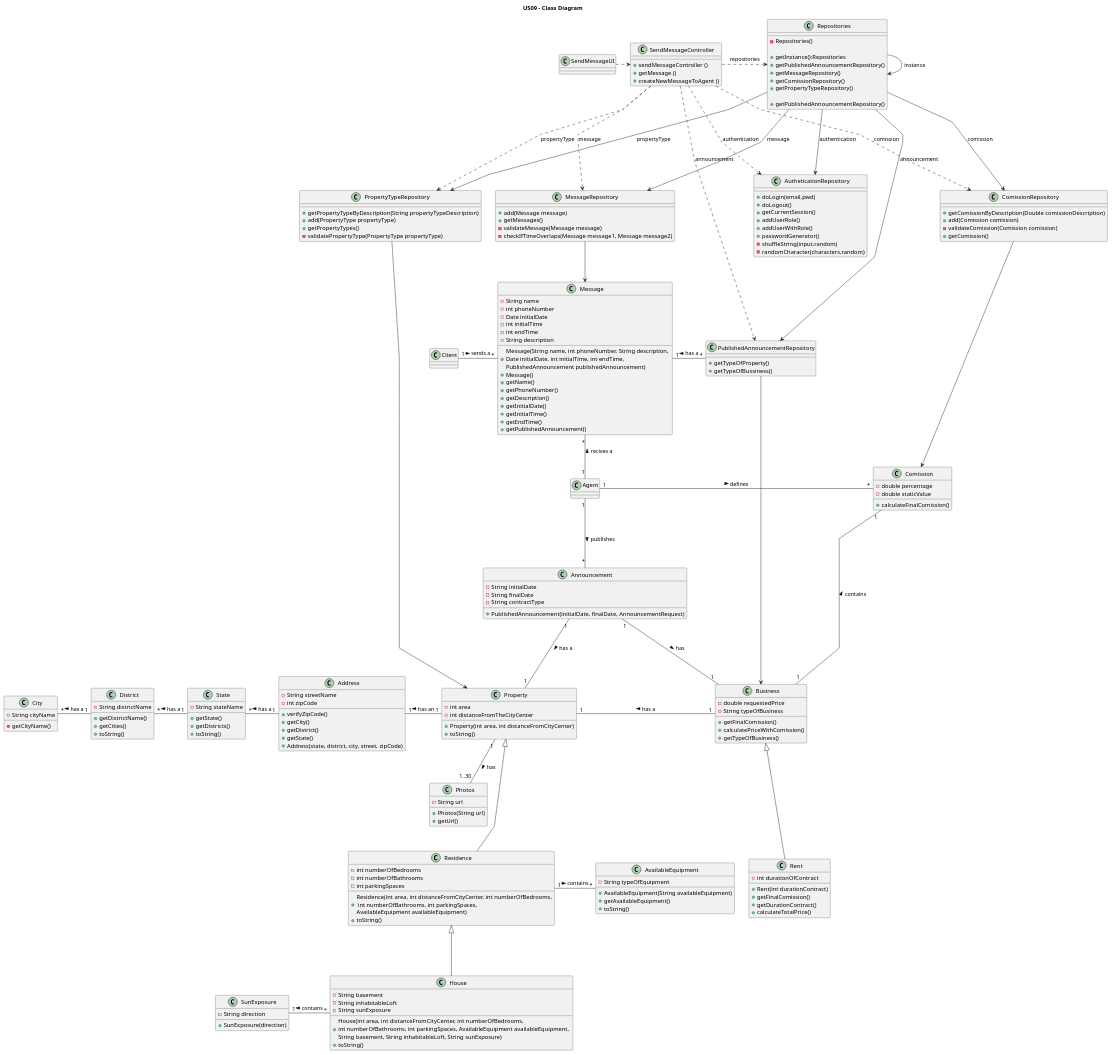
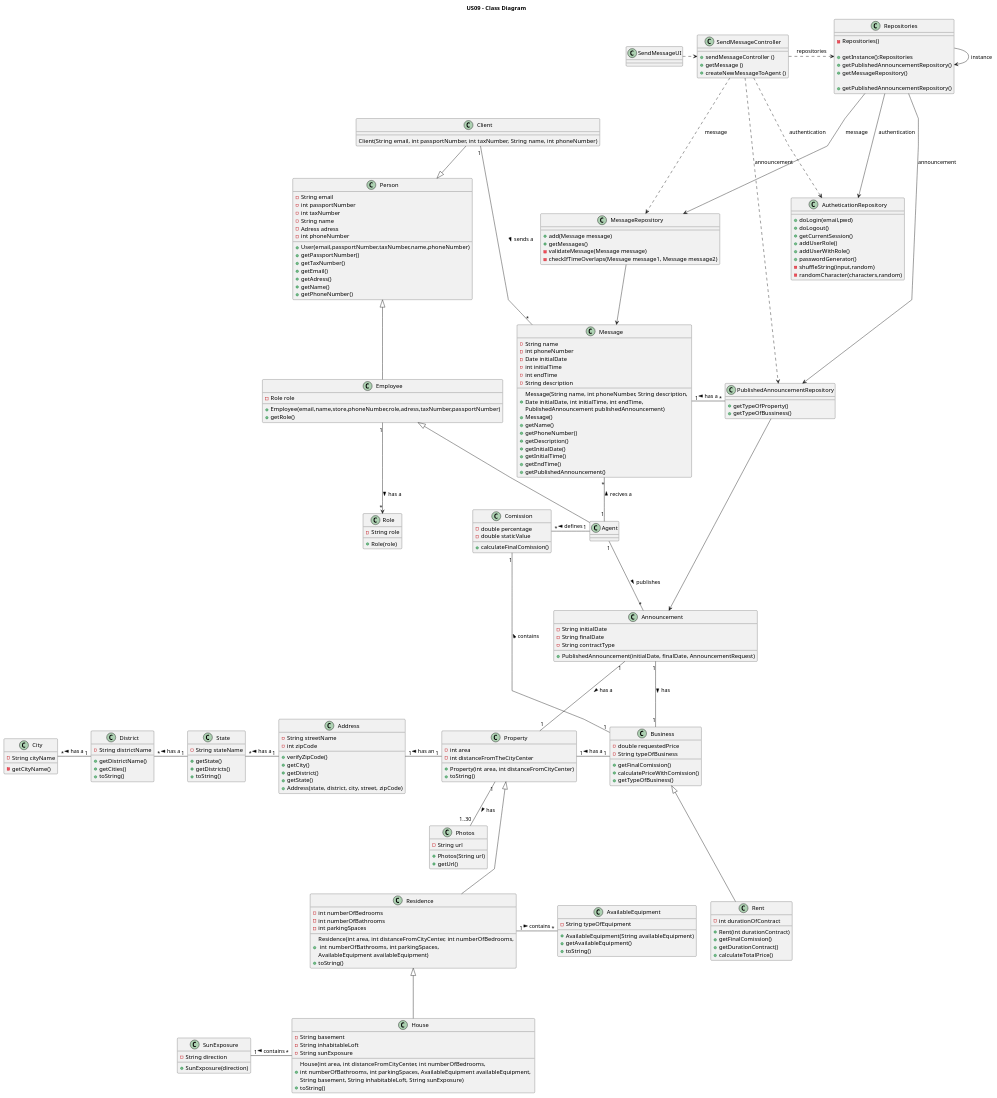
Before and after one commit to PureNimble/ISEP-LAPR2: the diagram in docs/sprintC/US09/03.design/puml/us09-class-diagram.puml, drawn with PlantUML. The commit also changed 10 other files, not shown here.

Commit message:
US09 - class diagram + svg update sequence diagram full + svg update sequence diagram split + svg update sequence diagram partials + svg update

```diff
--- a/docs/sprintC/US09/03.design/puml/us09-class-diagram.puml
+++ b/docs/sprintC/US09/03.design/puml/us09-class-diagram.puml
@@ -11,7 +11,6 @@
 
 
 class SendMessageUI
-
 
 class SendMessageController {
     + sendMessageController ()
@@ -27,8 +26,6 @@
 +getInstance():Repositories
 +getPublishedAnnouncementRepository()
 +getMessageRepository()
-+getComissionRepository()
-+getPropertyTypeRepository()
 '+getUserRepository()
 
 }
@@ -40,25 +37,12 @@
 + getTypeOfBussiness()
 }
 
-class PropertyTypeRepository{
-    + getPropertyTypeByDescription(String propertyTypeDescription)
-    +add(PropertyType propertyType)
-    +getPropertyTypes()
-    -validatePropertyType(PropertyType propertyType)
-}
-
 'class UserRepository{
 '+add(User user)
 '+validateUser(User user)
 '+getUsers()
 '}
 
-class ComissionRepository{
-+getComissionByDescription(Double comissionDescription)
-+add(Comission comission)
--validateComission(Comission comission)
-+getComission()
-}
 
 class MessageRepository {
 +add(Message message)
@@ -153,6 +137,7 @@
 '}
 
 class Client{
+Client(String email, int passportNumber, int taxNumber, String name, int phoneNumber)
 }
 
 class AutheticationRepository{
@@ -222,6 +207,24 @@
     +calculateTotalPrice()
 }
 
+class Person {
+    - String email
+    - int passportNumber
+    - int taxNumber
+    - String name
+    - Adress adress
+    - int phoneNumber
+
+    + User(email,passportNumber,taxNumber,name,phoneNumber)
+    + getPassportNumber()
+    + getTaxNumber()
+    + getEmail()
+    + getAdress()
+    + getName()
+    + getPhoneNumber()
+}
+
+
 class Announcement {
     - String initialDate
     - String finalDate
@@ -244,20 +247,28 @@
     + getPublishedAnnouncementRepository()
 }
 
+class Employee{
+-Role role
++Employee(email,name,store,phoneNumber,role,adress,taxNumber,passportNumber)
++getRole()
+}
+
+class Role{
+-String role
++Role(role)
+}
+
+
+
 
 
 SendMessageController .> Repositories : repositories
 Repositories ---> Repositories :instance
-'Repositories ..> UserRepository : user
-Repositories ---> ComissionRepository : comission
 Repositories ---> PublishedAnnouncementRepository : announcement
-Repositories ---> PropertyTypeRepository : propertyType
 Repositories ---> MessageRepository : message
 Repositories ---> AutheticationRepository : authentication
 
-SendMessageController ...> ComissionRepository : comission
 SendMessageController ...> PublishedAnnouncementRepository : announcement
-SendMessageController ...> PropertyTypeRepository : propertyType
 SendMessageController ...> MessageRepository : message
 SendMessageController ...> AutheticationRepository : authentication
 
@@ -267,7 +278,7 @@
 
 
 
-PropertyTypeRepository --> Property
+
 Residence <|-down-- House
 Property <|-down-- Residence
 Property "1" -- "1..30" Photos: has >
@@ -281,14 +292,12 @@
 City "*"-right- "1" District: has a  <
 District "*"-right- "1" State: has a  <
 Property "1" -left- "1" Address: has an >
-'User "1" --- "1" Address: has >
-'UserRepository --> User
-PublishedAnnouncementRepository --> Business
+PublishedAnnouncementRepository --> Announcement
 Client "1"-right-"*" Message : sends a >
 
 
-ComissionRepository -down-> Comission
-Comission "*" -up "1" Agent: defines <
+
+Comission "*" -right-- "1" Agent: defines <
 Comission "1" -- "1" Business: contains <
 Property "1" - "1" Business: has a <
 Announcement "1" --- "1" Business: has >
@@ -296,5 +305,10 @@
 Announcement "*" -up-- "1" Agent: publishes <
 Business <|--- Rent
 
+Person <|-up- Client
+Employee <|-- Agent
+Employee "1" --> "*" Role : has a >
+Person <|-- Employee
+
 
 @enduml
```
